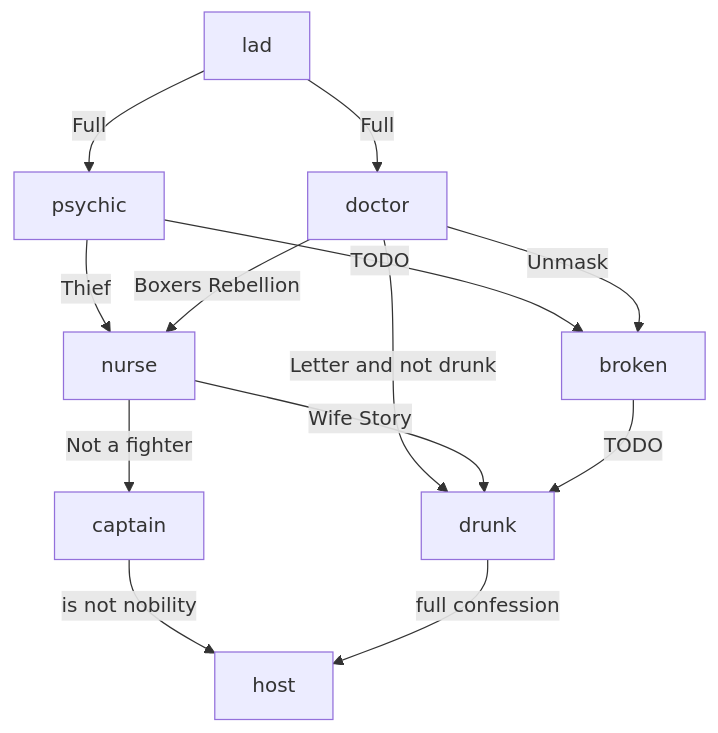
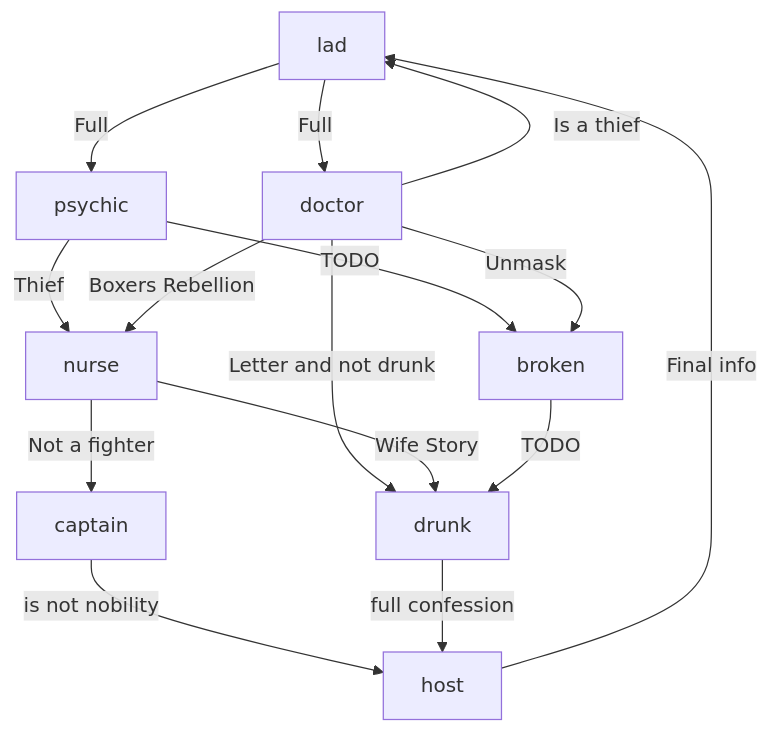
Before and after one commit to olivierpierre85/ClaythornManor: the diagram in Murder/game/docs/unlocking.md, drawn with Mermaid. The commit also changed 1 other file, not shown here.

Commit message:
lad thief better

````diff
--- a/Murder/game/docs/unlocking.md
+++ b/Murder/game/docs/unlocking.md
@@ -3,15 +3,17 @@
 ```mermaid
 graph TD;
     lad -->|Full| doctor;
     lad -->|Full| psychic;
     psychic -->|Thief| nurse;
     psychic -->|TODO| broken;
     doctor -->|Boxers Rebellion| nurse;
     doctor -->|Letter and not drunk| drunk;
     doctor -->|Unmask| broken;
+    doctor -->|Is a thief| lad;
     nurse -->|Not a fighter| captain;
     nurse -->|Wife Story| drunk;
     captain -->|is not nobility| host;
     drunk -->|full confession| host;
     broken -->|TODO| drunk;
+    host -->|Final info| lad;
 ```
````
